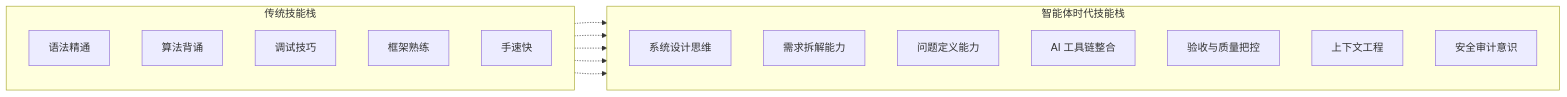
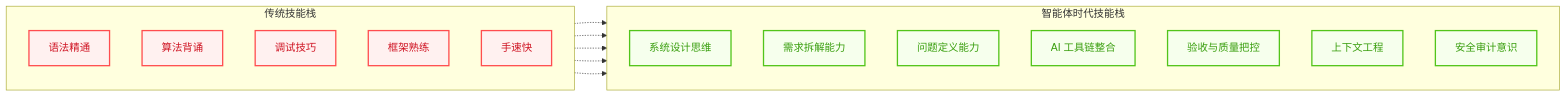
Before and after one commit to yeasy/agentic_ai_guide: the fourth of 4 diagrams in 10_agentic_coding/10.1_paradigm.md, drawn with Mermaid. The commit also changed other lines of this file and 36 other files, not shown here.

````diff
--- a/10_agentic_coding/10.1_paradigm.md
+++ b/10_agentic_coding/10.1_paradigm.md
@@ -196,28 +214,36 @@
 ```mermaid
 graph LR
+    %% Style Definitions
+    classDef old fill:#fff1f0,stroke:#ff4d4f,stroke-width:2px,color:#cf1322;
+    classDef new fill:#f6ffed,stroke:#52c41a,stroke-width:2px,color:#389e0d;
+
     subgraph Traditional [传统技能栈]
         direction TB
         S1[语法精通]
         S2[算法背诵]
         S3[调试技巧]
         S4[框架熟练]
         S5[手速快]
     end
 
     subgraph Agentic [智能体时代技能栈]
         direction TB
         N1[系统设计思维]
         N2[需求拆解能力]
         N3[问题定义能力]
         N4[AI 工具链整合]
         N5[验收与质量把控]
         N6[上下文工程]
         N7[安全审计意识]
     end
 
     S1 -.-> N1
     S2 -.-> N2
     S3 -.-> N3
     S4 -.-> N4
     S5 -.-> N5
+    
+    %% Apply Styles
+    class S1,S2,S3,S4,S5 old;
+    class N1,N2,N3,N4,N5,N6,N7 new;
 ```
````
